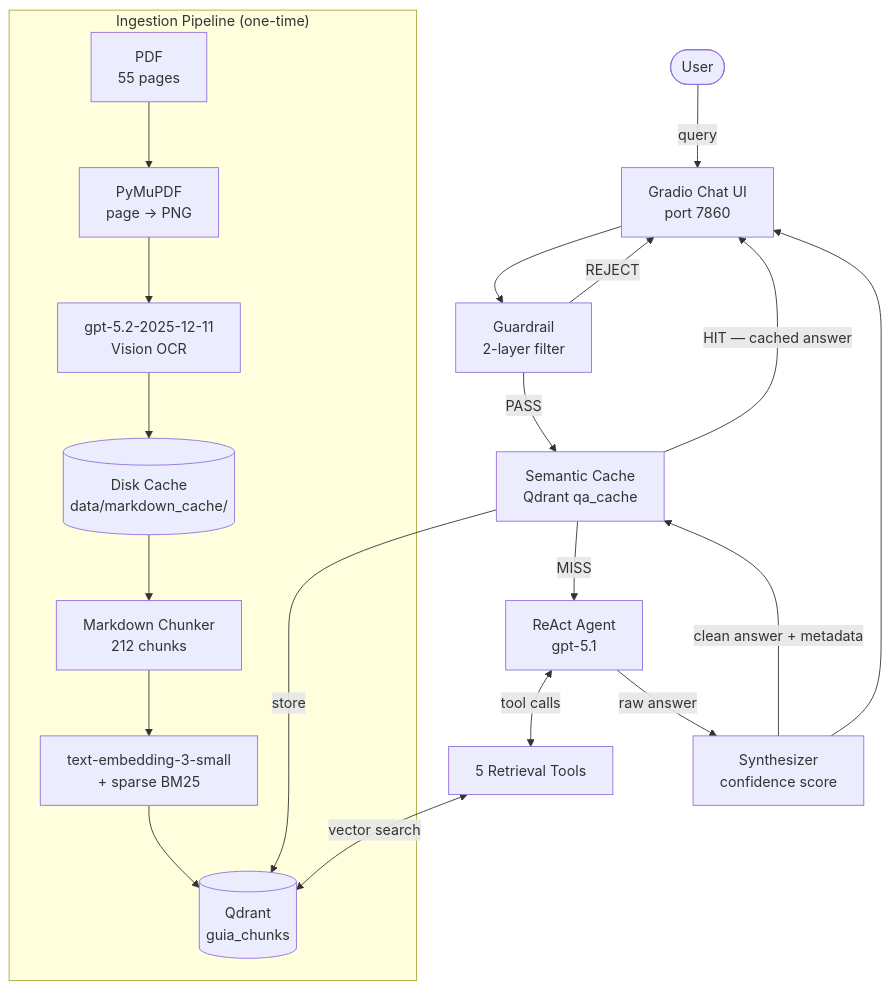
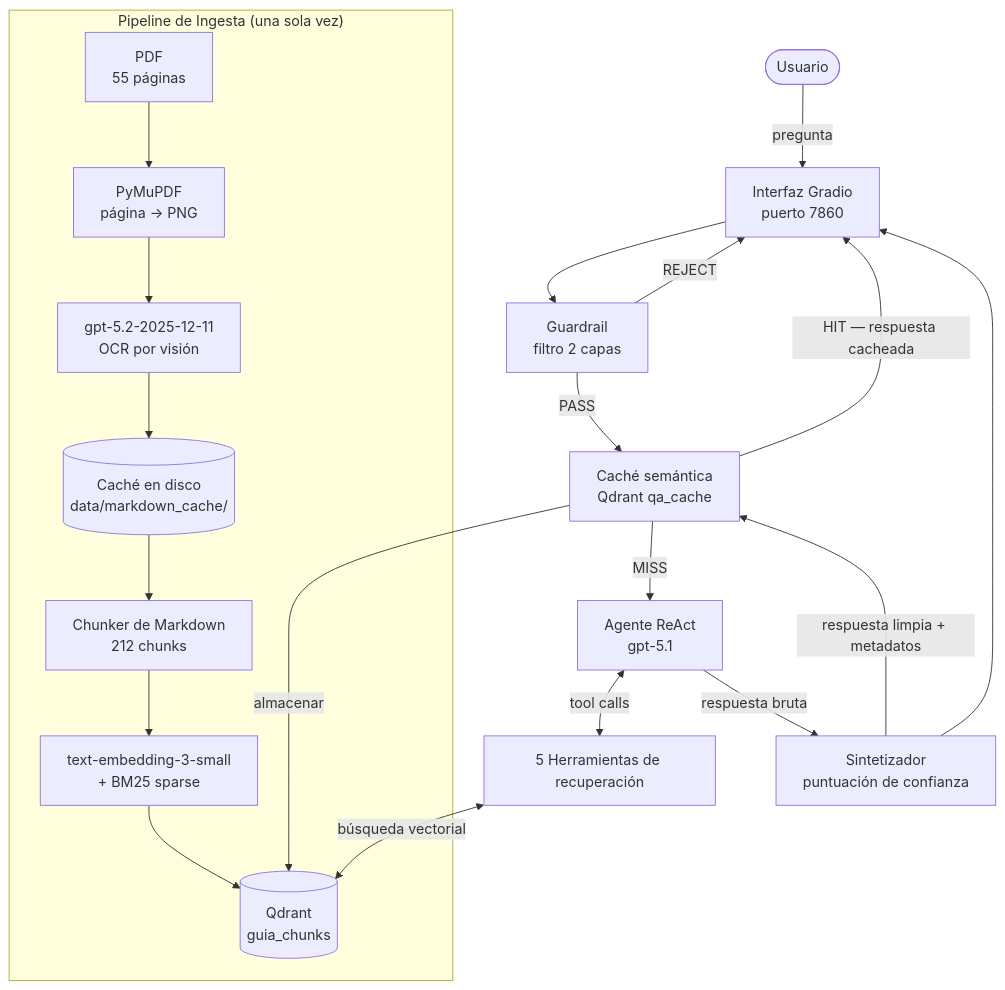
The first of 7 diagrams in README.md (carreroguille-dev/cyber-rag), drawn with Mermaid before and after one commit. The commit also changed other lines of this file, not shown here.

````diff
--- a/README.md
+++ b/README.md
@@ -19,28 +19,28 @@
 ```mermaid
 flowchart TD
-    User([User]) -->|query| UI[Gradio Chat UI\nport 7860]
+    User([Usuario]) -->|pregunta| UI[Interfaz Gradio\npuerto 7860]
 
-    UI --> GR[Guardrail\n2-layer filter]
+    UI --> GR[Guardrail\nfiltro 2 capas]
     GR -->|REJECT| UI
-    GR -->|PASS| CACHE[Semantic Cache\nQdrant qa_cache]
+    GR -->|PASS| CACHE[Caché semántica\nQdrant qa_cache]
 
-    CACHE -->|HIT — cached answer| UI
-    CACHE -->|MISS| AGENT[ReAct Agent\ngpt-5.1]
+    CACHE -->|HIT — respuesta cacheada| UI
+    CACHE -->|MISS| AGENT[Agente ReAct\ngpt-5.1]
 
-    AGENT <-->|tool calls| TOOLS[5 Retrieval Tools]
-    TOOLS <-->|vector search| QDRANT[(Qdrant\nguia_chunks)]
+    AGENT <-->|tool calls| TOOLS[5 Herramientas de recuperación]
+    TOOLS <-->|búsqueda vectorial| QDRANT[(Qdrant\nguia_chunks)]
 
-    AGENT -->|raw answer| SYNTH[Synthesizer\nconfidence score]
-    SYNTH -->|clean answer + metadata| CACHE
-    CACHE -->|store| QDRANT
+    AGENT -->|respuesta bruta| SYNTH[Sintetizador\npuntuación de confianza]
+    SYNTH -->|respuesta limpia + metadatos| CACHE
+    CACHE -->|almacenar| QDRANT
     SYNTH --> UI
 
-    subgraph Ingestion["Ingestion Pipeline (one-time)"]
-        PDF[PDF\n55 pages] --> RENDER[PyMuPDF\npage → PNG]
-        RENDER --> OCR[gpt-5.2-2025-12-11\nVision OCR]
-        OCR --> DISK[(Disk Cache\ndata/markdown_cache/)]
-        DISK --> CHUNK[Markdown Chunker\n212 chunks]
-        CHUNK --> EMBED[text-embedding-3-small\n+ sparse BM25]
+    subgraph Ingesta["Pipeline de Ingesta (una sola vez)"]
+        PDF[PDF\n55 páginas] --> RENDER[PyMuPDF\npágina → PNG]
+        RENDER --> OCR[gpt-5.2-2025-12-11\nOCR por visión]
+        OCR --> DISK[(Caché en disco\ndata/markdown_cache/)]
+        DISK --> CHUNK[Chunker de Markdown\n212 chunks]
+        CHUNK --> EMBED[text-embedding-3-small\n+ BM25 sparse]
         EMBED --> QDRANT
     end
 ```
````
